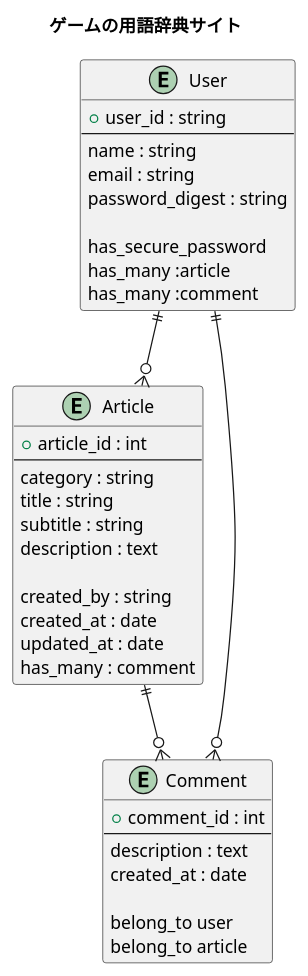
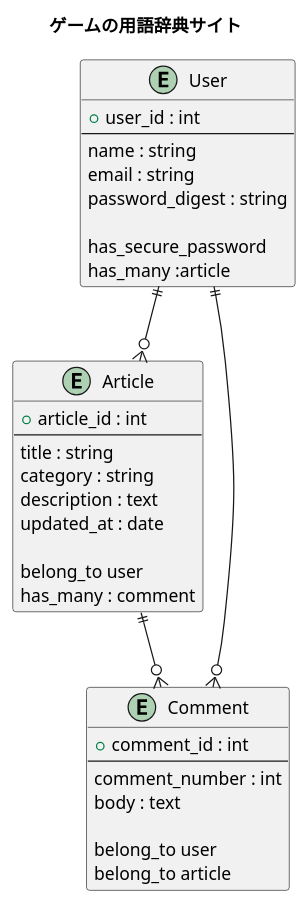
One commit to yu-suke0919/dxd_glossary_rails changed the diagram in docs/plantuml/アプリ_ER図.pu. Above: the diagram before and after it, drawn with PlantUML.

Commit message:
現在の仕様に合わせて修正(実装しなかった箇所を削除)

```diff
--- a/docs/plantuml/アプリ_ER図.pu
+++ b/docs/plantuml/アプリ_ER図.pu
@@ -1,46 +1,43 @@
 @startuml
 title ゲームの用語辞典サイト
 
 entity User {
-  + user_id : string
+  + user_id : int
   --
   name : string
   email : string
   password_digest : string
 
   has_secure_password
   has_many :article
-  has_many :comment
 }
 
 entity Article {
   + article_id : int
   --
+  title : string
   category : string
-  title : string
-  subtitle : string
   description : text
+  updated_at : date
 
-  created_by : string
-  created_at : date
-  updated_at : date
+  belong_to user
   has_many : comment
 }
 
 entity Comment {
   + comment_id : int
   --
-  description : text
-  created_at : date
+  comment_number : int
+  body : text
 
   belong_to user
   belong_to article
 }
 
 
 
 User ||--o{ Article
 Article ||--o{ Comment
 User ||--o{ Comment
 
 @enduml
```
